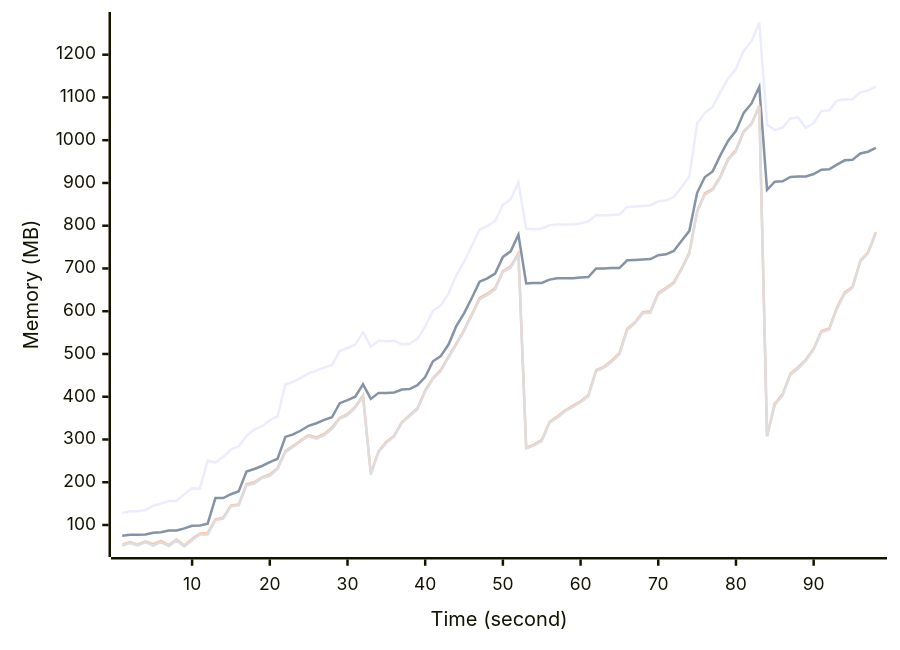
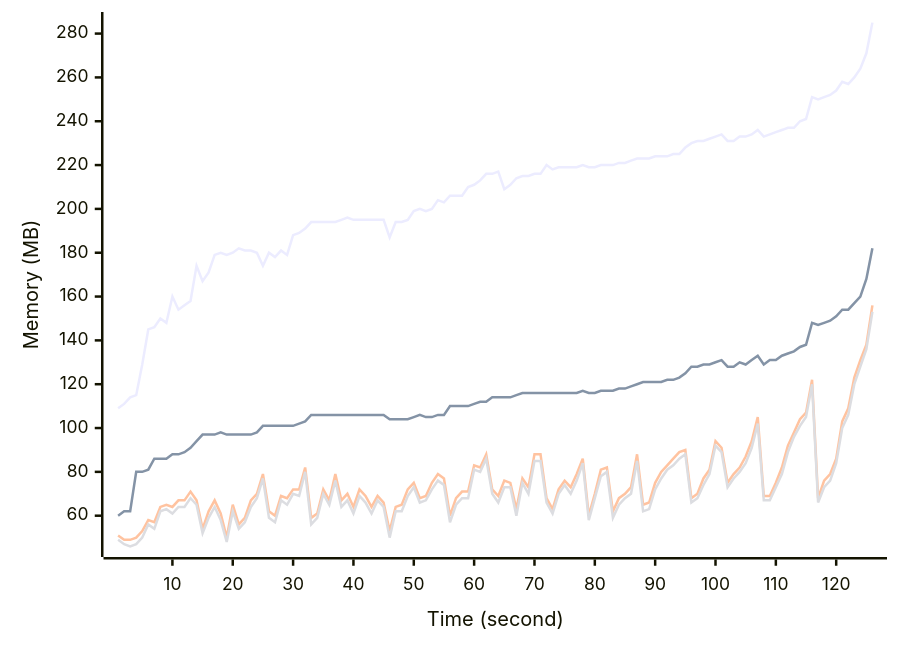
One commit to samchon/shopping-backend changed the diagram in docs/benchmarks/AMD Ryzen 9 7940HS w Radeon 780M Graphics.md. Above: the diagram before and after it, drawn with Mermaid. The commit also changed other lines of this file and 120 other files, not shown here.

````diff
--- a/docs/benchmarks/AMD Ryzen 9 7940HS w Radeon 780M Graphics.md
+++ b/docs/benchmarks/AMD Ryzen 9 7940HS w Radeon 780M Graphics.md
@@ -25,9 +25,9 @@
 ```mermaid
 xychart-beta
   x-axis "Time (second)"
   y-axis "Memory (MB)"
-  line "Resident Set Size" [128, 132, 132, 135, 145, 150, 156, 156, 172, 186, 185, 251, 246, 259, 277, 284, 308, 323, 331, 345, 354, 429, 435, 444, 455, 461, 468, 474, 507, 514, 522, 551, 517, 531, 530, 531, 522, 524, 536, 564, 601, 613, 641, 684, 716, 753, 791, 799, 811, 849, 862, 901, 793, 792, 793, 801, 803, 803, 803, 805, 810, 825, 824, 825, 826, 844, 845, 846, 848, 857, 859, 867, 890, 915, 1039, 1064, 1078, 1113, 1144, 1167, 1209, 1231, 1275, 1036, 1024, 1029, 1051, 1053, 1029, 1040, 1068, 1070, 1093, 1095, 1096, 1112, 1116, 1126]
-  line "Heap Total" [75, 77, 77, 78, 82, 83, 87, 87, 92, 98, 99, 103, 163, 163, 172, 179, 225, 231, 238, 247, 255, 306, 312, 321, 332, 338, 346, 352, 385, 392, 400, 429, 395, 409, 409, 410, 417, 418, 427, 446, 483, 495, 522, 565, 595, 631, 669, 677, 688, 727, 740, 779, 665, 666, 666, 674, 677, 677, 677, 679, 680, 700, 700, 701, 701, 719, 720, 721, 722, 731, 733, 741, 765, 788, 877, 914, 927, 965, 999, 1022, 1064, 1086, 1125, 884, 903, 904, 914, 915, 915, 921, 931, 932, 943, 953, 954, 969, 973, 982]
-  line "Heap Used + External" [54, 60, 54, 62, 55, 63, 53, 66, 52, 67, 80, 81, 113, 117, 146, 148, 196, 200, 212, 218, 233, 273, 285, 298, 310, 305, 313, 328, 351, 359, 377, 403, 220, 273, 295, 309, 341, 357, 373, 415, 444, 463, 494, 524, 556, 593, 631, 641, 654, 694, 705, 736, 281, 288, 299, 341, 354, 368, 379, 389, 404, 462, 470, 485, 502, 559, 574, 598, 600, 643, 655, 668, 700, 738, 834, 876, 886, 916, 957, 977, 1021, 1039, 1080, 309, 384, 406, 454, 469, 487, 513, 554, 560, 609, 644, 657, 718, 738, 785]
-  line "Heap Used Only" [52, 58, 52, 60, 52, 60, 51, 64, 50, 65, 78, 78, 111, 115, 144, 146, 193, 197, 210, 215, 231, 270, 283, 296, 308, 302, 310, 325, 349, 357, 375, 400, 218, 271, 292, 307, 339, 355, 371, 412, 442, 460, 492, 522, 554, 590, 628, 638, 651, 692, 702, 733, 279, 286, 297, 339, 351, 366, 376, 387, 401, 460, 468, 482, 499, 556, 572, 595, 597, 640, 652, 665, 698, 735, 832, 873, 884, 913, 954, 974, 1019, 1037, 1078, 307, 381, 403, 451, 466, 485, 511, 551, 557, 606, 641, 655, 716, 736, 782]
+  line "Resident Set Size" [109, 111, 114, 115, 129, 145, 146, 150, 148, 160, 154, 156, 158, 174, 167, 171, 179, 180, 179, 180, 182, 181, 181, 180, 174, 180, 178, 181, 179, 188, 189, 191, 194, 194, 194, 194, 194, 195, 196, 195, 195, 195, 195, 195, 195, 187, 194, 194, 195, 199, 200, 199, 200, 204, 203, 206, 206, 206, 210, 211, 213, 216, 216, 217, 209, 211, 214, 215, 215, 216, 216, 220, 218, 219, 219, 219, 219, 220, 219, 219, 220, 220, 220, 221, 221, 222, 223, 223, 223, 224, 224, 224, 225, 225, 228, 230, 231, 231, 232, 233, 234, 231, 231, 233, 233, 234, 236, 233, 234, 235, 236, 237, 237, 240, 241, 251, 250, 251, 252, 254, 258, 257, 260, 264, 271, 285]
+  line "Heap Total" [60, 62, 62, 80, 80, 81, 86, 86, 86, 88, 88, 89, 91, 94, 97, 97, 97, 98, 97, 97, 97, 97, 97, 98, 101, 101, 101, 101, 101, 101, 102, 103, 106, 106, 106, 106, 106, 106, 106, 106, 106, 106, 106, 106, 106, 104, 104, 104, 104, 105, 106, 105, 105, 106, 106, 110, 110, 110, 110, 111, 112, 112, 114, 114, 114, 114, 115, 116, 116, 116, 116, 116, 116, 116, 116, 116, 116, 117, 116, 116, 117, 117, 117, 118, 118, 119, 120, 121, 121, 121, 121, 122, 122, 123, 125, 128, 128, 129, 129, 130, 131, 128, 128, 130, 129, 131, 133, 129, 131, 131, 133, 134, 135, 137, 138, 148, 147, 148, 149, 151, 154, 154, 157, 160, 168, 182]
+  line "Heap Used + External" [51, 49, 49, 50, 53, 58, 57, 64, 65, 64, 67, 67, 71, 67, 54, 62, 67, 61, 50, 65, 56, 59, 67, 70, 79, 62, 60, 69, 68, 72, 72, 82, 59, 61, 72, 67, 79, 67, 70, 64, 72, 69, 64, 69, 66, 53, 64, 65, 72, 75, 68, 69, 75, 79, 77, 60, 68, 71, 71, 83, 82, 88, 72, 69, 76, 75, 63, 77, 73, 88, 88, 68, 63, 72, 76, 73, 79, 86, 60, 70, 81, 82, 62, 68, 70, 73, 88, 65, 66, 75, 80, 83, 86, 89, 90, 68, 70, 77, 81, 94, 91, 75, 79, 82, 87, 94, 105, 69, 69, 75, 82, 92, 98, 104, 107, 122, 68, 76, 79, 86, 103, 109, 123, 131, 138, 156]
+  line "Heap Used Only" [49, 47, 46, 47, 50, 56, 54, 62, 63, 61, 64, 64, 68, 65, 52, 59, 64, 58, 48, 62, 54, 57, 64, 68, 77, 59, 57, 67, 65, 70, 69, 80, 56, 59, 70, 65, 76, 64, 67, 61, 69, 66, 61, 67, 64, 50, 62, 62, 69, 73, 66, 67, 72, 76, 74, 57, 65, 68, 68, 81, 80, 86, 70, 66, 73, 73, 60, 75, 70, 85, 85, 66, 61, 70, 74, 70, 76, 84, 58, 68, 78, 80, 59, 65, 68, 70, 85, 62, 63, 72, 77, 81, 83, 86, 88, 66, 68, 74, 79, 92, 89, 73, 77, 80, 84, 91, 102, 67, 67, 73, 79, 89, 96, 101, 105, 120, 66, 73, 76, 84, 100, 106, 120, 128, 136, 153]
 ```
````
